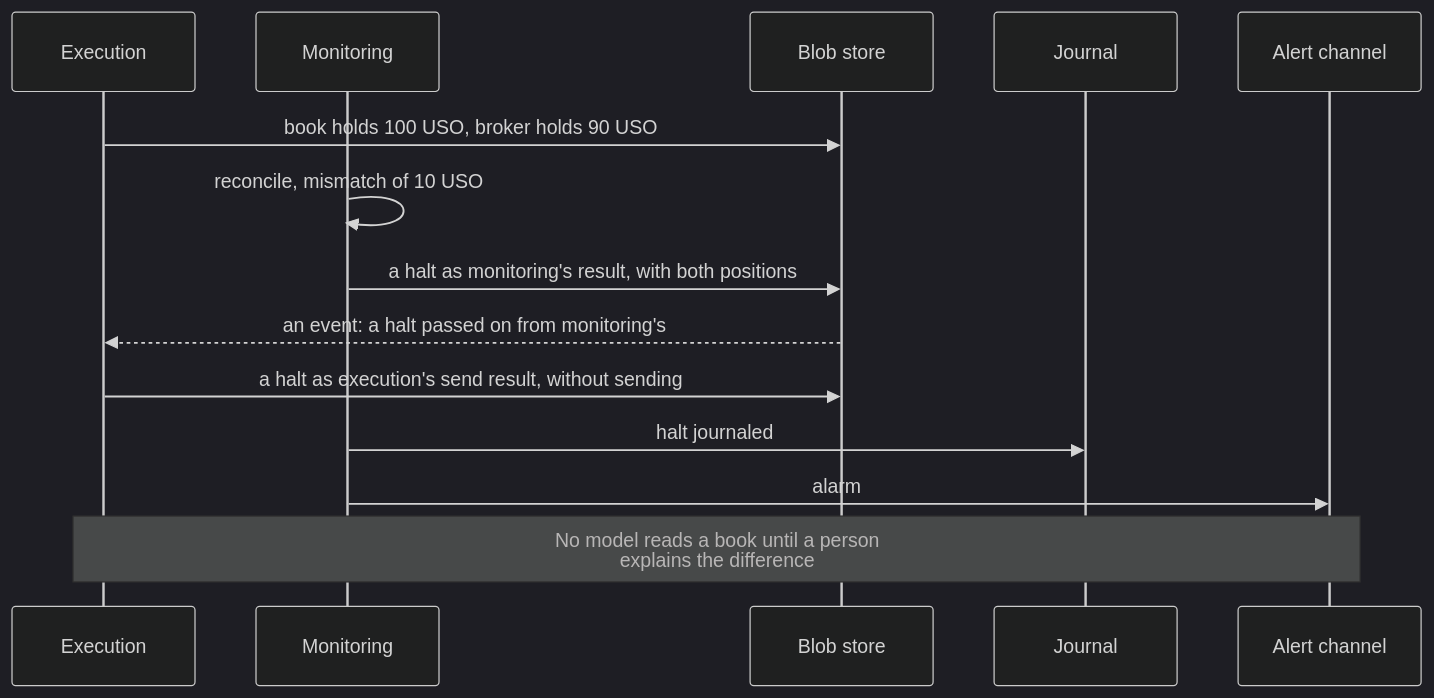
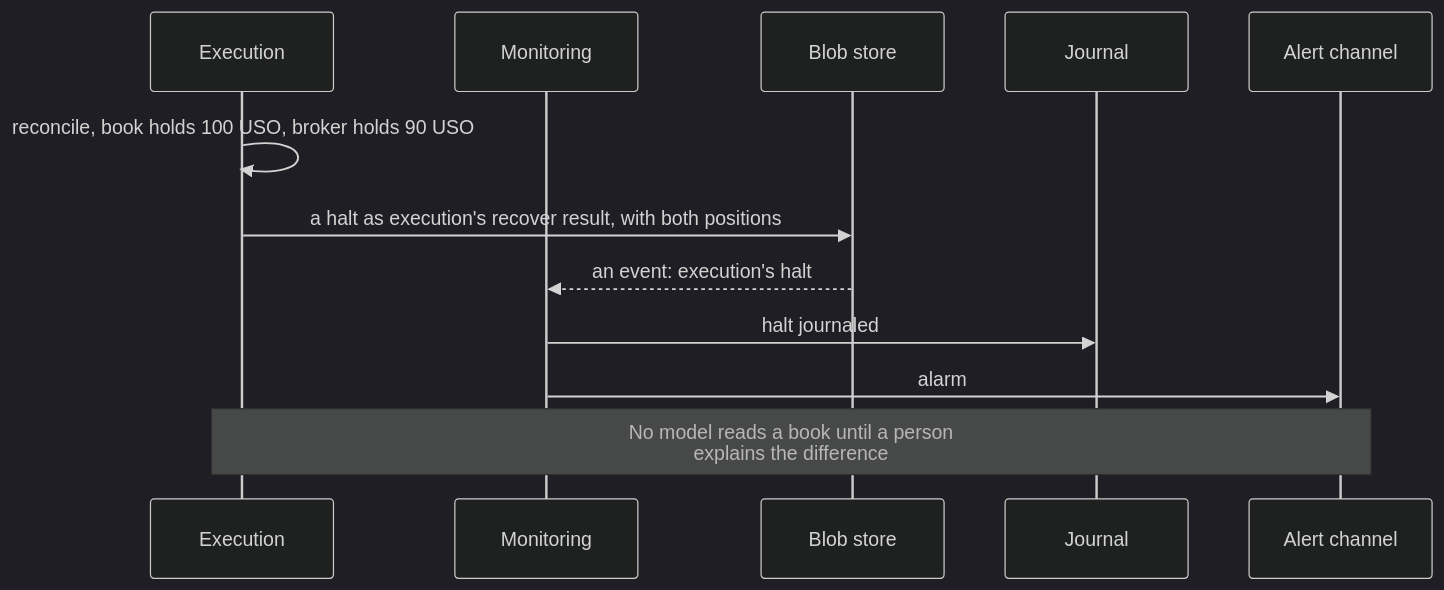
One commit to l3a0/ithildin-runtime changed the eighth of 16 diagrams in docs/architecture.md. Above: the diagram before and after it, drawn with Mermaid (dark theme). The commit also changed other lines of this file and 1 other file, not shown here.

````diff
--- a/docs/architecture.md
+++ b/docs/architecture.md
@@ -824,17 +826,15 @@
 ```mermaid
 sequenceDiagram
     participant X as Execution
     participant M as Monitoring
     participant F as Blob store
     participant J as Journal
     participant L as Alert channel
 
-    X->>F: book holds 100 USO, broker holds 90 USO
-    M->>M: reconcile, mismatch of 10 USO
-    M->>F: a halt as monitoring's result, with both positions
-    F-->>X: an event: a halt passed on from monitoring's
-    X->>F: a halt as execution's send result, without sending
+    X->>X: reconcile, book holds 100 USO, broker holds 90 USO
+    X->>F: a halt as execution's recover result, with both positions
+    F-->>M: an event: execution's halt
     M->>J: halt journaled
     M->>L: alarm
     Note over X,L: No model reads a book until a person<br/>explains the difference
 ```
````
